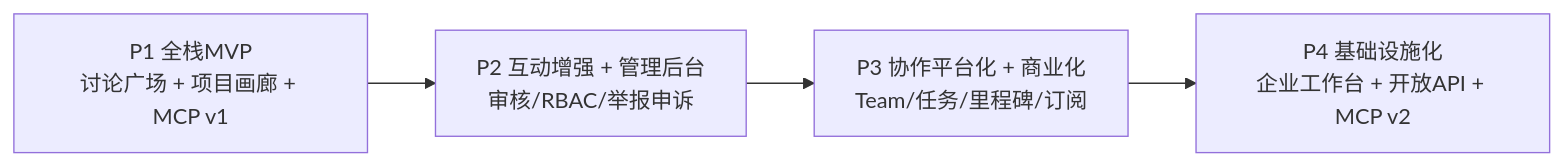
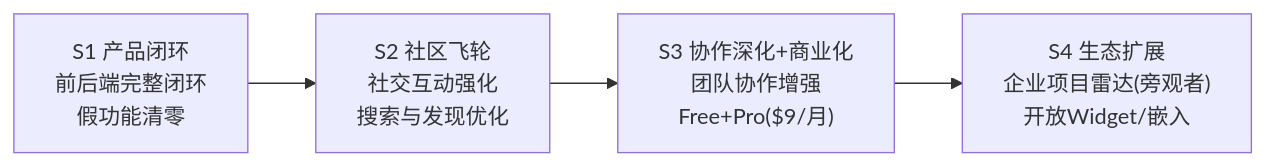
The diagram in docs/01_实现计划图.md (KBREX684/vibehub), drawn with Mermaid before and after one commit. The commit also changed other lines of this file and 16 other files, not shown here.

First line of the commit message:
feat: v4.0 roadmap — developer-first strategy, simplify to Free + Pro ($9/mo)

````diff
--- a/docs/01_实现计划图.md
+++ b/docs/01_实现计划图.md
@@ -8,10 +8,14 @@
 ```mermaid
 flowchart LR
-P1["P1 全栈MVP
-讨论广场 + 项目画廊 + MCP v1"] --> P2["P2 互动增强 + 管理后台
-审核/RBAC/举报申诉"]
-P2 --> P3["P3 协作平台化 + 商业化
-Team/任务/里程碑/订阅"]
-P3 --> P4["P4 基础设施化
-企业工作台 + 开放API + MCP v2"]
+S1["S1 产品闭环
+前后端完整闭环
+假功能清零"] --> S2["S2 社区飞轮
+社交互动强化
+搜索与发现优化"]
+S2 --> S3["S3 协作深化+商业化
+团队协作增强
+Free+Pro($9/月)"]
+S3 --> S4["S4 生态扩展
+企业项目雷达(旁观者)
+开放Widget/嵌入"]
 ```
````
